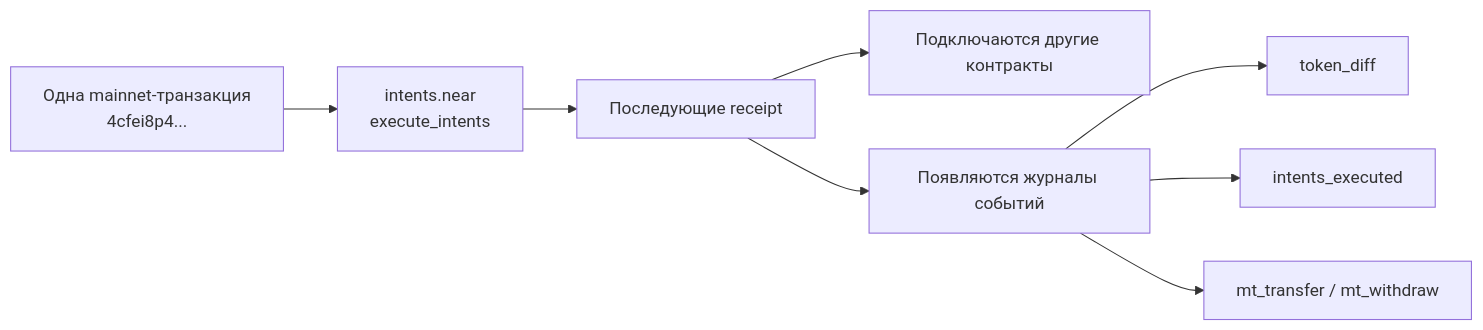
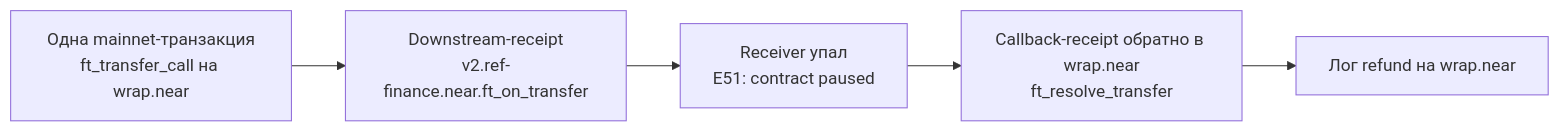
One commit to fastnear/builder-docs changed the sixth of 6 diagrams in i18n/ru/docusaurus-plugin-content-docs/current/tx/examples.md. Above: the diagram before and after it, drawn with Mermaid. The commit also changed other lines of this file and 54 other files, not shown here.

````diff
--- a/i18n/ru/docusaurus-plugin-content-docs/current/tx/examples.md
+++ b/i18n/ru/docusaurus-plugin-content-docs/current/tx/examples.md
@@ -1396,10 +857,7 @@
 ```mermaid
 flowchart LR
-    T["Одна mainnet-транзакция<br/>4cfei8p4..."] --> I["intents.near<br/>execute_intents"]
-    I --> R["Последующие receipt"]
-    R --> C["Подключаются другие контракты"]
-    R --> E["Появляются журналы событий"]
-    E --> TD["token_diff"]
-    E --> IE["intents_executed"]
-    E --> MT["mt_transfer / mt_withdraw"]
+    T["Одна mainnet-транзакция<br/>ft_transfer_call на wrap.near"] --> D["Downstream-receipt<br/>v2.ref-finance.near.ft_on_transfer"]
+    D --> F["Receiver упал<br/>E51: contract paused"]
+    F --> C["Callback-receipt обратно в wrap.near<br/>ft_resolve_transfer"]
+    C --> R["Лог refund на wrap.near"]
 ```
````
